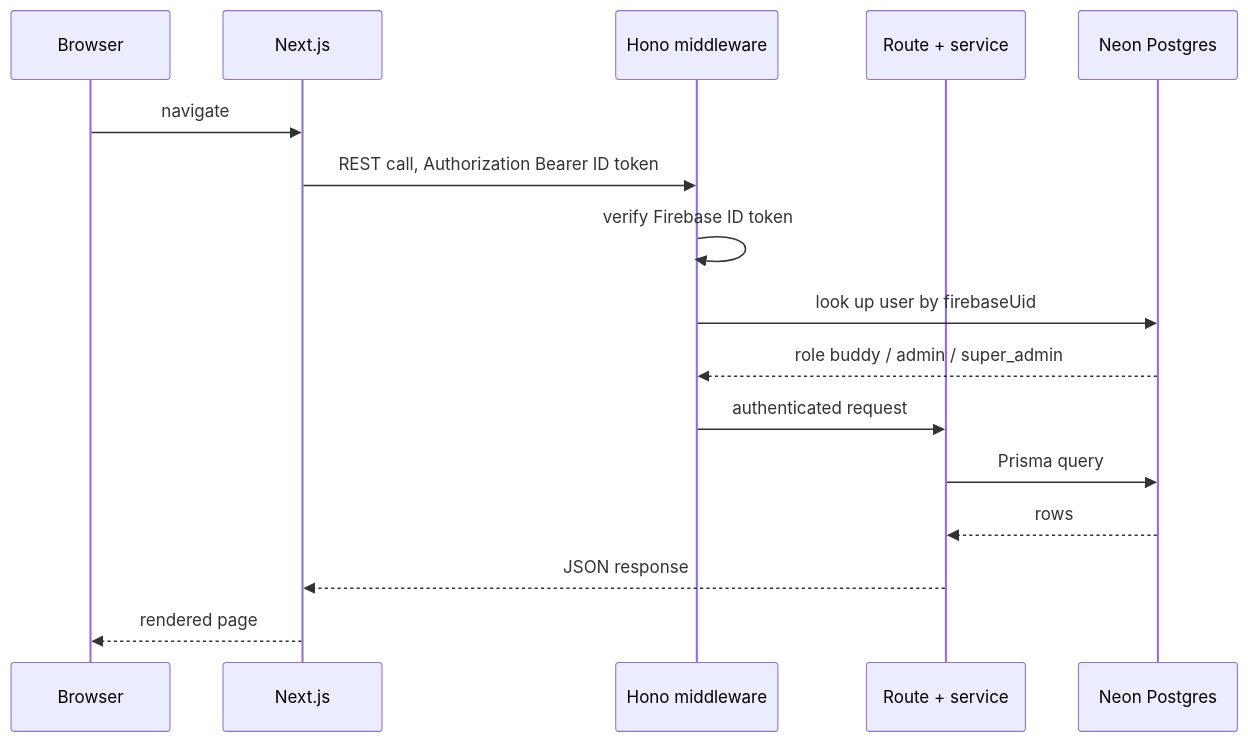
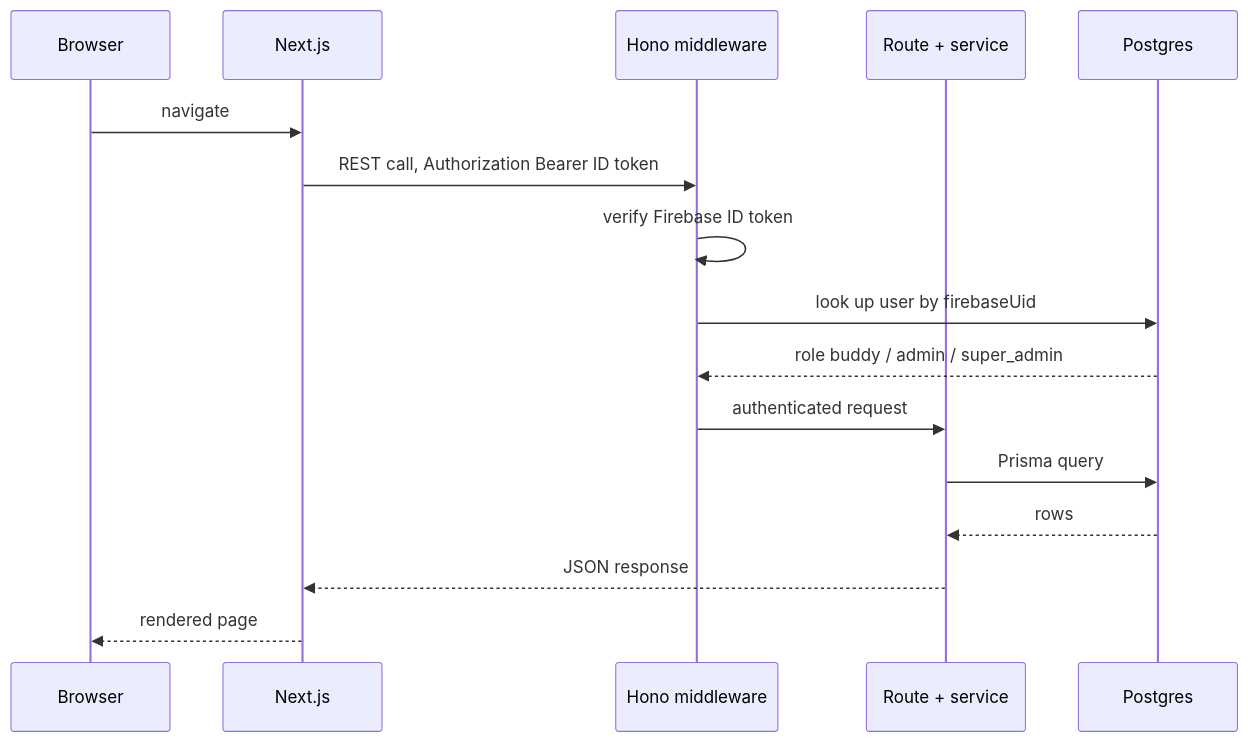
One commit to Lynns0416/buddy-app-copy changed the second of 8 diagrams in docs/architecture.md. Above: the diagram before and after it, drawn with Mermaid. The commit also changed other lines of this file and 5 other files, not shown here.

````diff
--- a/docs/architecture.md
+++ b/docs/architecture.md
@@ -88,19 +87,19 @@
 ```mermaid
 sequenceDiagram
     participant B as Browser
     participant W as Next.js
     participant M as Hono middleware
     participant R as Route + service
-    participant D as Neon Postgres
+    participant D as Postgres
 
     B->>W: navigate
     W->>M: REST call, Authorization Bearer ID token
     M->>M: verify Firebase ID token
     M->>D: look up user by firebaseUid
     D-->>M: role buddy / admin / super_admin
     M->>R: authenticated request
     R->>D: Prisma query
     D-->>R: rows
     R-->>W: JSON response
     W-->>B: rendered page
 ```
````
